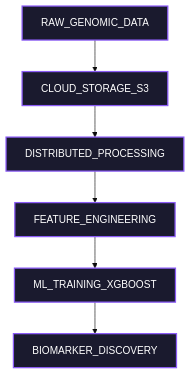
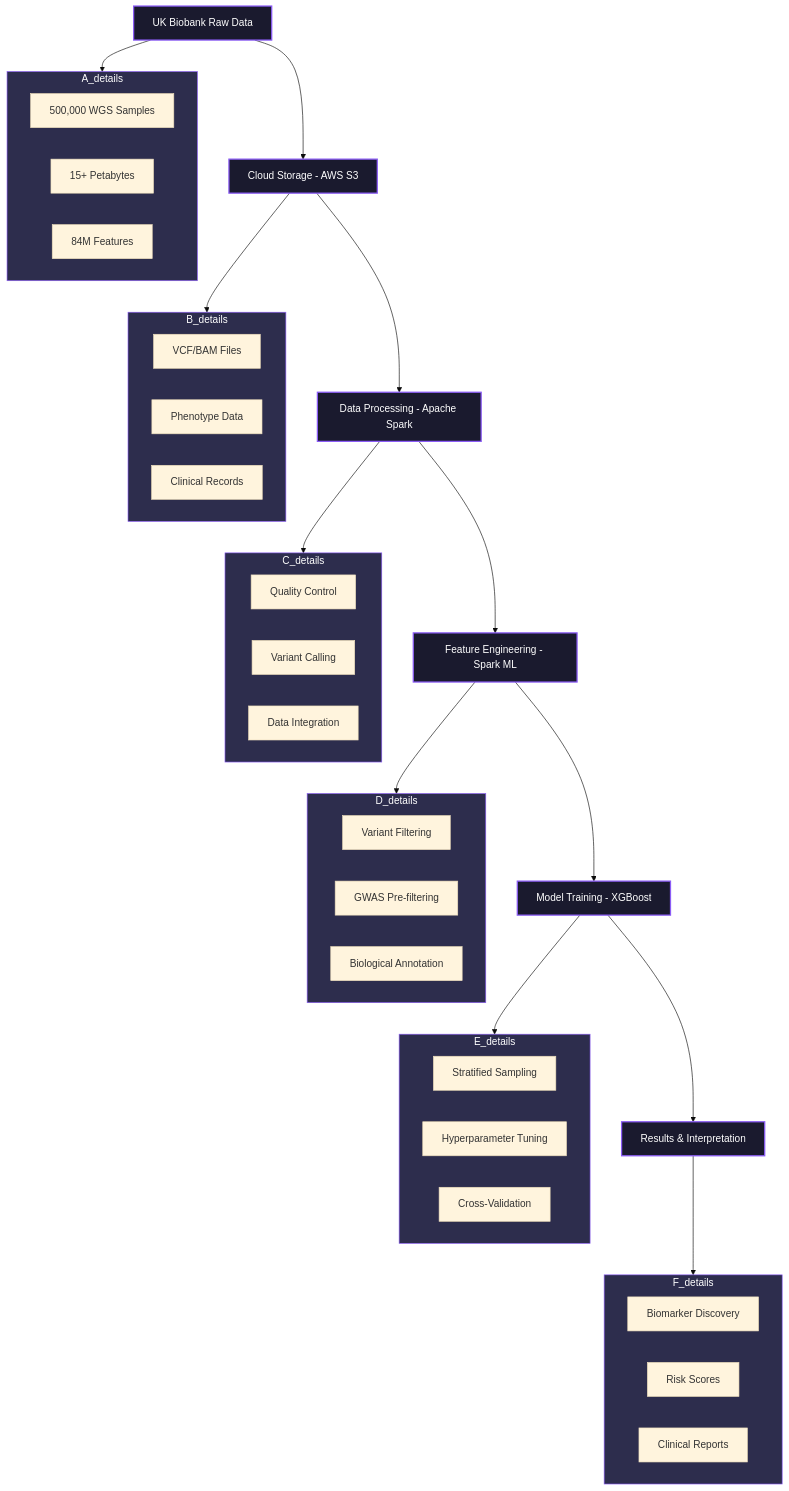
Before and after one commit to idrees118/idrees118.github.io: the diagram in index.md, drawn with Mermaid (base theme). The commit also changed other lines of this file, not shown here.

```diff
--- a/index.md
+++ b/index.md
@@ -462,15 +511,64 @@
         <div class="mermaid">
 graph TD
-    A[RAW_GENOMIC_DATA] --> B[CLOUD_STORAGE_S3]
-    B --> C[DISTRIBUTED_PROCESSING]
-    C --> D[FEATURE_ENGINEERING]
-    D --> E[ML_TRAINING_XGBOOST]
-    E --> F[BIOMARKER_DISCOVERY]
+    A[UK Biobank Raw Data] --> B[Cloud Storage - AWS S3]
+    B --> C[Data Processing - Apache Spark]
+    C --> D[Feature Engineering - Spark ML]
+    D --> E[Model Training - XGBoost]
+    E --> F[Results & Interpretation]
     
+    subgraph A_details
+        A1[500,000 WGS Samples]
+        A2[15+ Petabytes]
+        A3[84M Features]
+    end
+    
+    subgraph B_details
+        B1[VCF/BAM Files]
+        B2[Phenotype Data]
+        B3[Clinical Records]
+    end
+    
+    subgraph C_details
+        C1[Quality Control]
+        C2[Variant Calling]
+        C3[Data Integration]
+    end
+    
+    subgraph D_details
+        D1[Variant Filtering]
+        D2[GWAS Pre-filtering]
+        D3[Biological Annotation]
+    end
+    
+    subgraph E_details
+        E1[Stratified Sampling]
+        E2[Hyperparameter Tuning]
+        E3[Cross-Validation]
+    end
+    
+    subgraph F_details
+        F1[Biomarker Discovery]
+        F2[Risk Scores]
+        F3[Clinical Reports]
+    end
+    
+    A --> A_details
+    B --> B_details
+    C --> C_details
+    D --> D_details
+    E --> E_details
+    F --> F_details
+
     style A fill:#1a1a2e,stroke:#8b5cf6,stroke-width:2px,color:#ffffff
     style B fill:#1a1a2e,stroke:#8b5cf6,stroke-width:2px,color:#ffffff
     style C fill:#1a1a2e,stroke:#8b5cf6,stroke-width:2px,color:#ffffff
     style D fill:#1a1a2e,stroke:#8b5cf6,stroke-width:2px,color:#ffffff
     style E fill:#1a1a2e,stroke:#8b5cf6,stroke-width:2px,color:#ffffff
     style F fill:#1a1a2e,stroke:#8b5cf6,stroke-width:2px,color:#ffffff
+    style A_details fill:#2d2d4d,stroke:#8b5cf6,stroke-width:1px,color:#ffffff
+    style B_details fill:#2d2d4d,stroke:#8b5cf6,stroke-width:1px,color:#ffffff
+    style C_details fill:#2d2d4d,stroke:#8b5cf6,stroke-width:1px,color:#ffffff
+    style D_details fill:#2d2d4d,stroke:#8b5cf6,stroke-width:1px,color:#ffffff
+    style E_details fill:#2d2d4d,stroke:#8b5cf6,stroke-width:1px,color:#ffffff
+    style F_details fill:#2d2d4d,stroke:#8b5cf6,stroke-width:1px,color:#ffffff
         </div>
```
